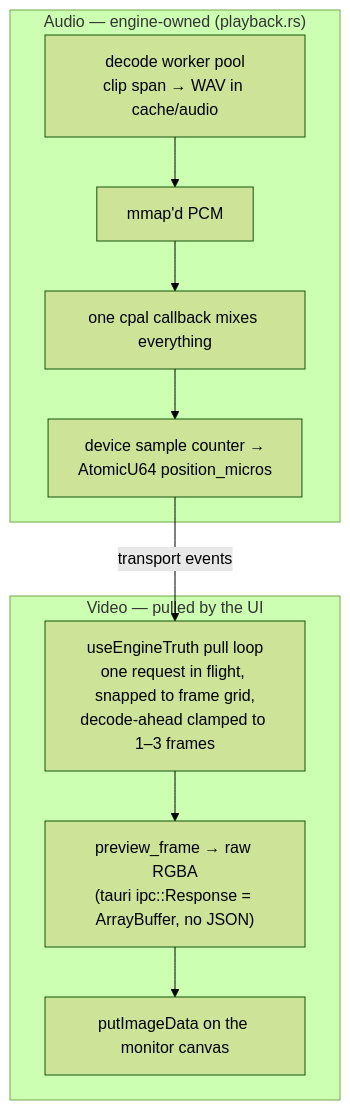
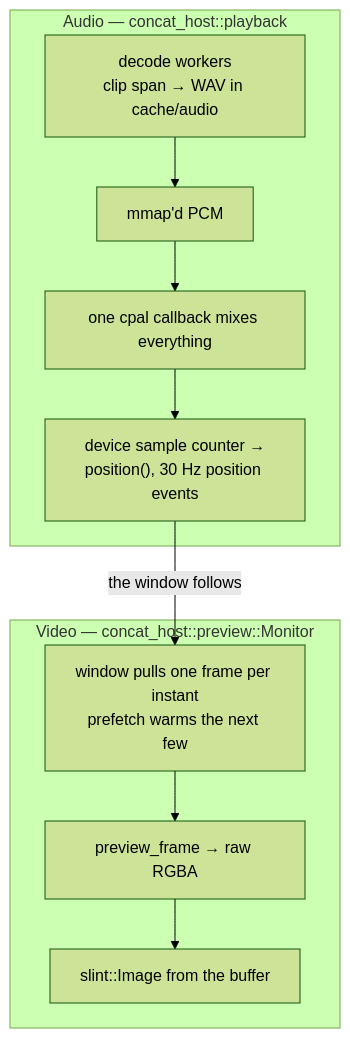
One commit to Mehdidjah/Concat-app changed the third of 3 diagrams in ARCHITECTURE.md. Above: the diagram before and after it, drawn with Mermaid (forest theme). The commit also changed other lines of this file and 51 other files, not shown here.

````diff
--- a/ARCHITECTURE.md
+++ b/ARCHITECTURE.md
@@ -116,17 +209,17 @@
 ```mermaid
 flowchart TB
-    subgraph AUDIO["Audio — engine-owned (playback.rs)"]
-        DEC["decode worker pool<br/>clip span → WAV in cache/audio"]
+    subgraph AUDIO["Audio — concat_host::playback"]
+        DEC["decode workers<br/>clip span → WAV in cache/audio"]
         MMAP["mmap'd PCM"]
         CPAL["one cpal callback mixes everything"]
-        CLK["device sample counter →<br/>AtomicU64 position_micros"]
+        CLK["device sample counter →<br/>position(), 30 Hz position events"]
         DEC --> MMAP --> CPAL --> CLK
     end
-    subgraph VIDEO["Video — pulled by the UI"]
-        TRUTH["useEngineTruth pull loop<br/>one request in flight, snapped to frame grid,<br/>decode-ahead clamped to 1–3 frames"]
-        PF["preview_frame → raw RGBA<br/>(tauri ipc::Response = ArrayBuffer, no JSON)"]
-        CANVAS["putImageData on the monitor canvas"]
-        TRUTH --> PF --> CANVAS
+    subgraph VIDEO["Video — concat_host::preview::Monitor"]
+        PULL["window pulls one frame per instant<br/>prefetch warms the next few"]
+        PF["preview_frame → raw RGBA"]
+        IMG["slint::Image from the buffer"]
+        PULL --> PF --> IMG
     end
-    CLK -- "transport events" --> TRUTH
+    CLK -- "the window follows" --> PULL
 ```
````
